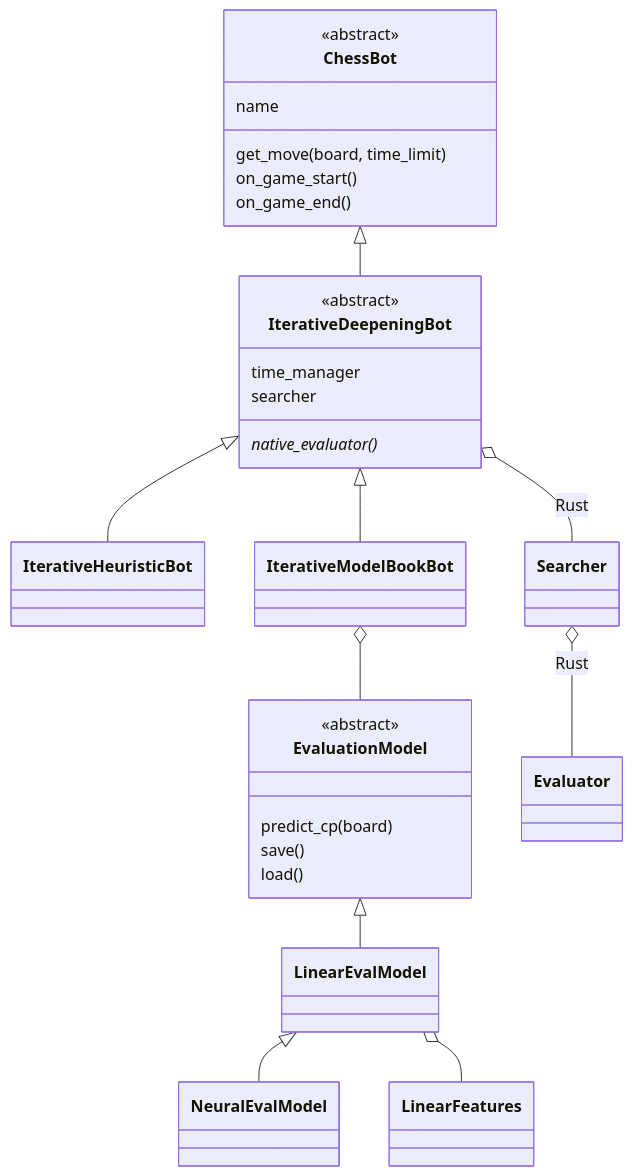
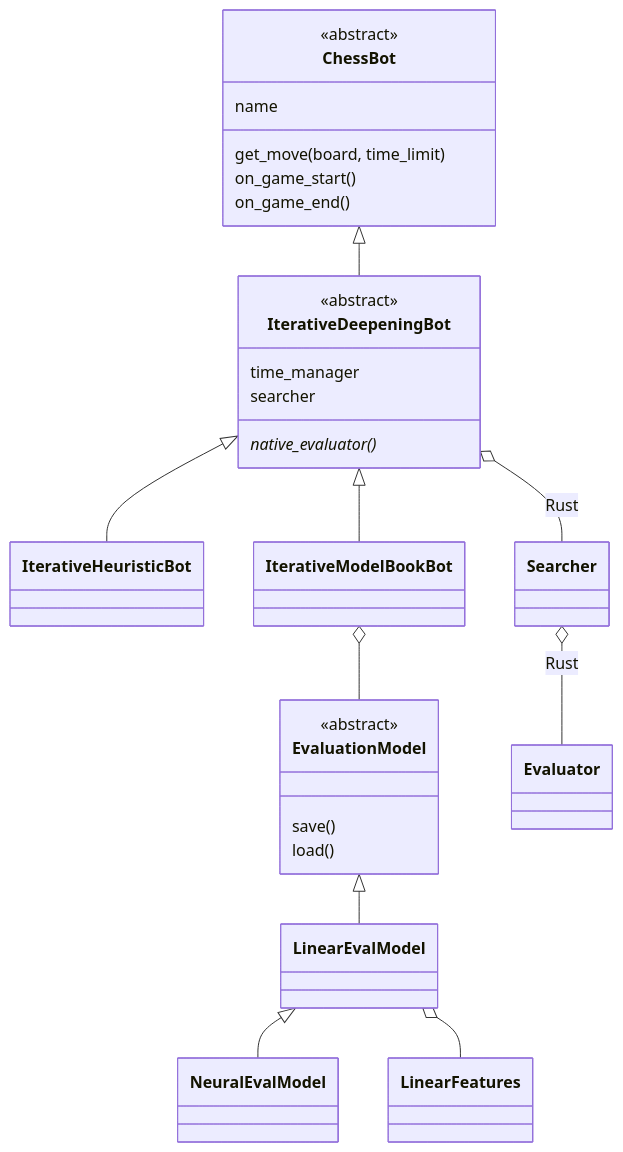
One commit to JoaquinDeVA/chess-ai-engine changed the second of 3 diagrams in docs/ARCHITECTURE.md. Above: the diagram before and after it, drawn with Mermaid. The commit also changed other lines of this file and 37 other files, not shown here.

````diff
--- a/docs/ARCHITECTURE.md
+++ b/docs/ARCHITECTURE.md
@@ -71,32 +72,31 @@
 ```mermaid
 classDiagram
     class ChessBot {
         <<abstract>>
         name
         get_move(board, time_limit)
         on_game_start()
         on_game_end()
     }
     class IterativeDeepeningBot {
         <<abstract>>
         time_manager
         searcher
         native_evaluator()*
     }
     ChessBot <|-- IterativeDeepeningBot
     IterativeDeepeningBot <|-- IterativeHeuristicBot
     IterativeDeepeningBot <|-- IterativeModelBookBot
 
     class EvaluationModel {
         <<abstract>>
-        predict_cp(board)
         save()
         load()
     }
     EvaluationModel <|-- LinearEvalModel
     LinearEvalModel <|-- NeuralEvalModel
     LinearEvalModel o-- LinearFeatures
     IterativeModelBookBot o-- EvaluationModel
     IterativeDeepeningBot o-- Searcher : Rust
     Searcher o-- Evaluator : Rust
 ```
````
